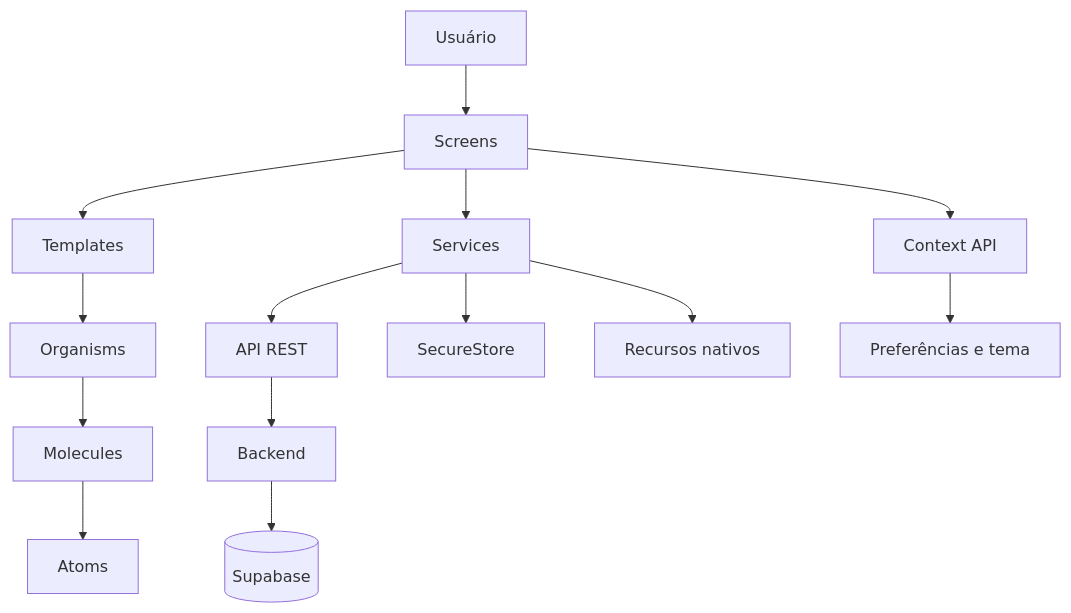
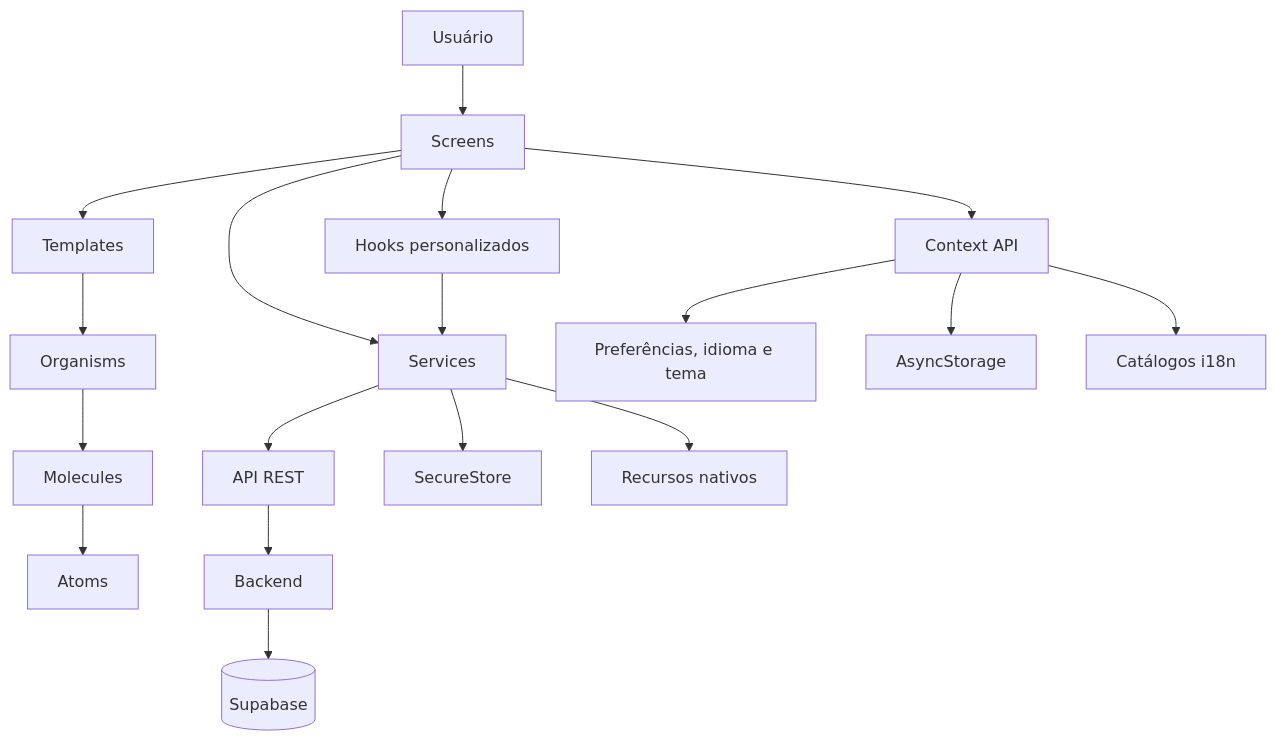
The first of 3 diagrams in README.md (Andres0606/PROYECTO-DISPOSITIVOS-MOVEIS), drawn with Mermaid before and after one commit. The commit also changed other lines of this file, not shown here.

````diff
--- a/README.md
+++ b/README.md
@@ -70,19 +70,23 @@
 ```mermaid
 flowchart TD
     A[Usuário] --> B[Screens]
     B --> C[Templates]
     C --> D[Organisms]
     D --> E[Molecules]
     E --> F[Atoms]
 
     B --> G[Services]
     G --> H[API REST]
     H --> I[Backend]
     I --> J[(Supabase)]
 
     B --> K[Context API]
-    K --> L[Preferências e tema]
+    K --> L[Preferências, idioma e tema]
+    K --> O[AsyncStorage]
+    K --> P[Catálogos i18n]
+    B --> Q[Hooks personalizados]
+    Q --> G
 
     G --> M[SecureStore]
     G --> N[Recursos nativos]
 ```
````
